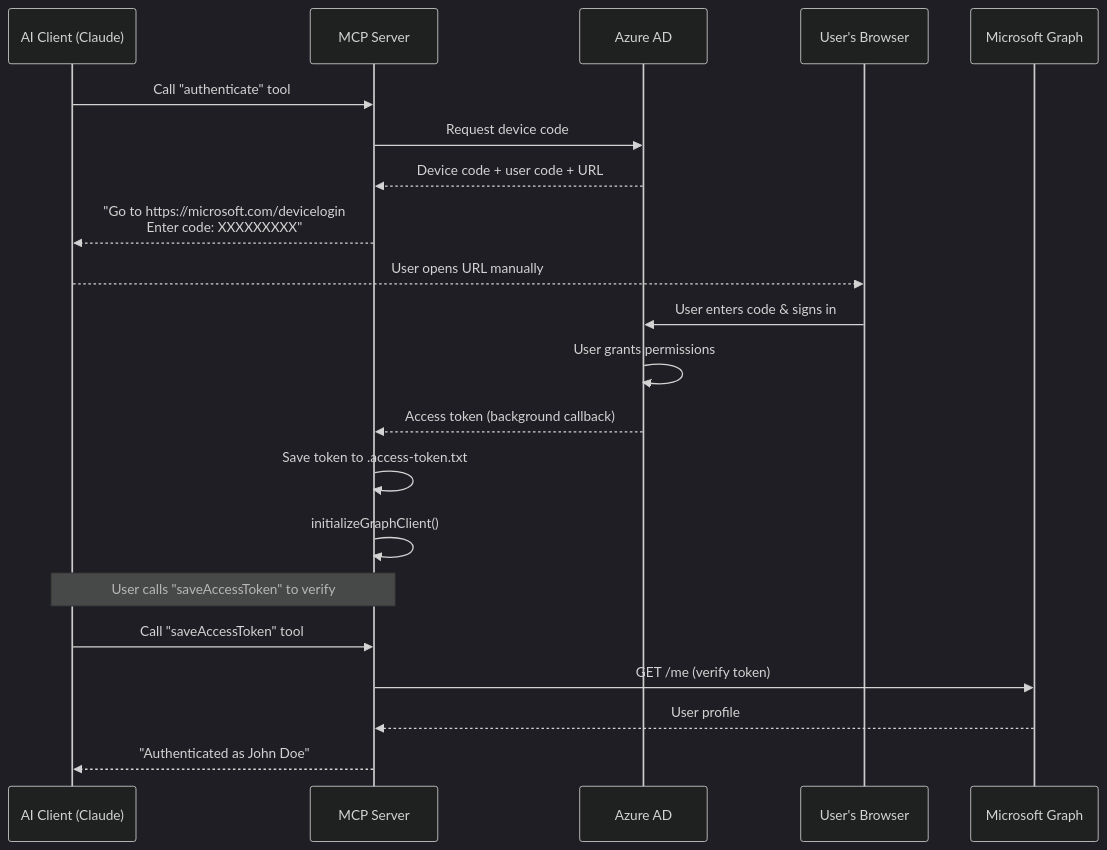
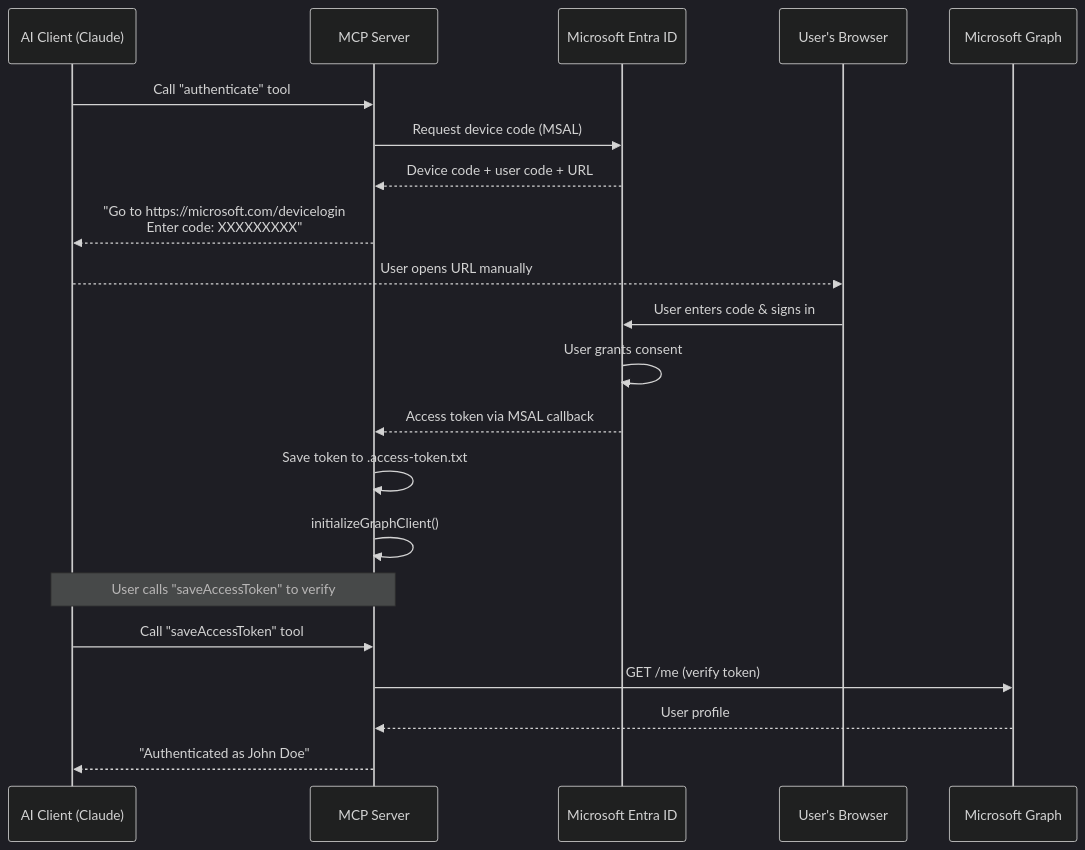
Before and after one commit to Mo-Tamim/onenotemcp: the first of 3 diagrams in documentation/authentication.md, drawn with Mermaid (dark theme). The commit also changed other lines of this file and 3 other files, not shown here.

````diff
--- a/documentation/authentication.md
+++ b/documentation/authentication.md
@@ -11,24 +11,24 @@
 ```mermaid
 sequenceDiagram
     participant LLM as AI Client (Claude)
     participant Server as MCP Server
-    participant Azure as Azure AD
+    participant Azure as Microsoft Entra ID
     participant Browser as User's Browser
     participant Graph as Microsoft Graph
 
     LLM->>Server: Call "authenticate" tool
-    Server->>Azure: Request device code
+    Server->>Azure: Request device code (MSAL)
     Azure-->>Server: Device code + user code + URL
     Server-->>LLM: "Go to https://microsoft.com/devicelogin<br/>Enter code: XXXXXXXXX"
     LLM-->>Browser: User opens URL manually
     Browser->>Azure: User enters code & signs in
-    Azure->>Azure: User grants permissions
-    Azure-->>Server: Access token (background callback)
+    Azure->>Azure: User grants consent
+    Azure-->>Server: Access token via MSAL callback
     Server->>Server: Save token to .access-token.txt
     Server->>Server: initializeGraphClient()
     Note over LLM,Server: User calls "saveAccessToken" to verify
     LLM->>Server: Call "saveAccessToken" tool
     Server->>Graph: GET /me (verify token)
     Graph-->>Server: User profile
     Server-->>LLM: "Authenticated as John Doe"
 ```
````
